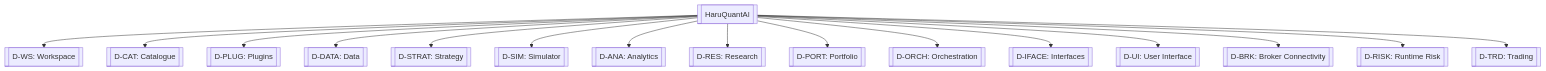
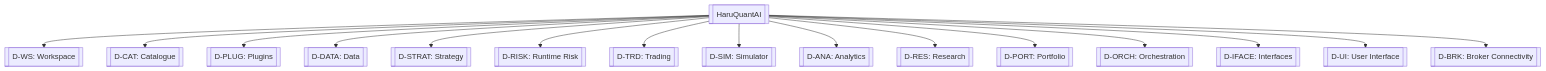
The first of 3 diagrams in docs/PROJECT.md (haruperi/HaruQuantAI), drawn with Mermaid before and after one commit. The commit also changed other lines of this file, not shown here.

Commit message:
docs: reconcile system dependencies with execution parity

````diff
--- a/docs/PROJECT.md
+++ b/docs/PROJECT.md
@@ -73,19 +81,19 @@
 ```mermaid
 flowchart TD
     SYSTEM[[HaruQuantAI]]
     SYSTEM --> WS[[D-WS: Workspace]]
     SYSTEM --> CAT[[D-CAT: Catalogue]]
     SYSTEM --> PLUG[[D-PLUG: Plugins]]
     SYSTEM --> DATA[[D-DATA: Data]]
     SYSTEM --> STRAT[[D-STRAT: Strategy]]
+    SYSTEM --> RISK[[D-RISK: Runtime Risk]]
+    SYSTEM --> TRD[[D-TRD: Trading]]
     SYSTEM --> SIM[[D-SIM: Simulator]]
     SYSTEM --> ANA[[D-ANA: Analytics]]
     SYSTEM --> RES[[D-RES: Research]]
     SYSTEM --> PORT[[D-PORT: Portfolio]]
     SYSTEM --> ORCH[[D-ORCH: Orchestration]]
     SYSTEM --> IFACE[[D-IFACE: Interfaces]]
     SYSTEM --> UI[[D-UI: User Interface]]
     SYSTEM --> BRK[[D-BRK: Broker Connectivity]]
-    SYSTEM --> RISK[[D-RISK: Runtime Risk]]
-    SYSTEM --> TRD[[D-TRD: Trading]]
 ```
````
